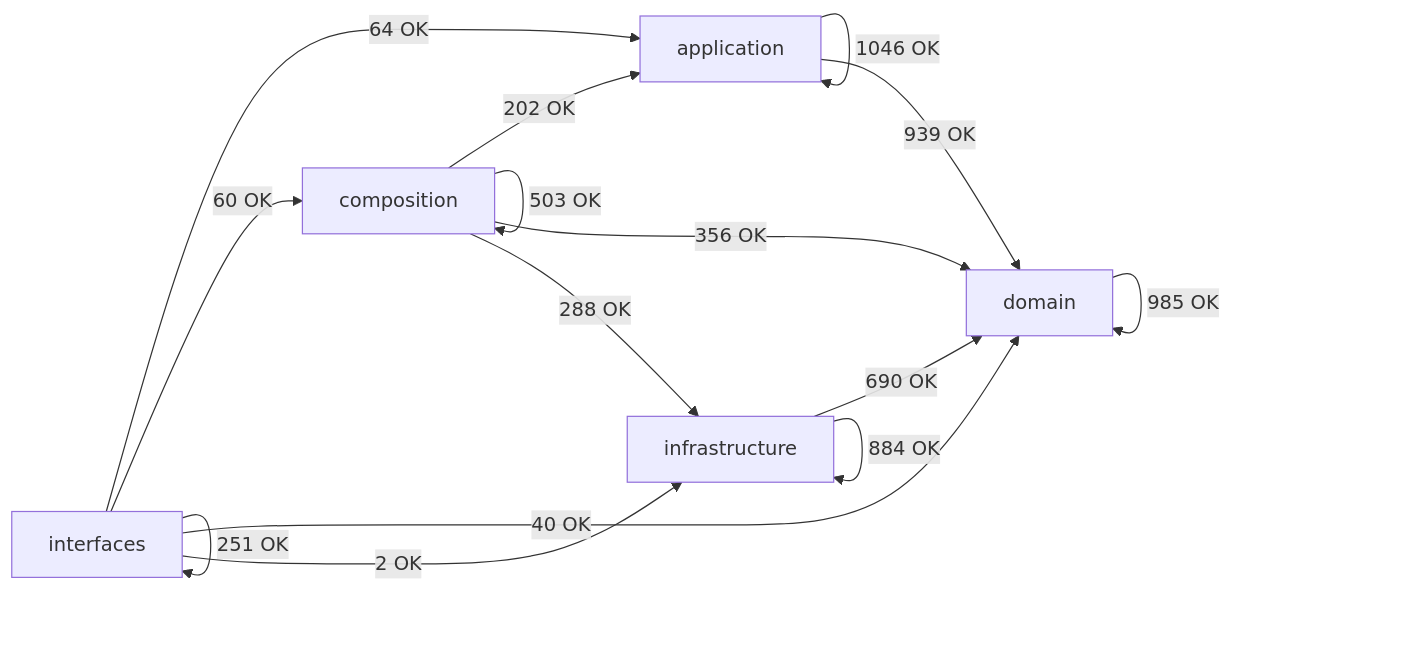
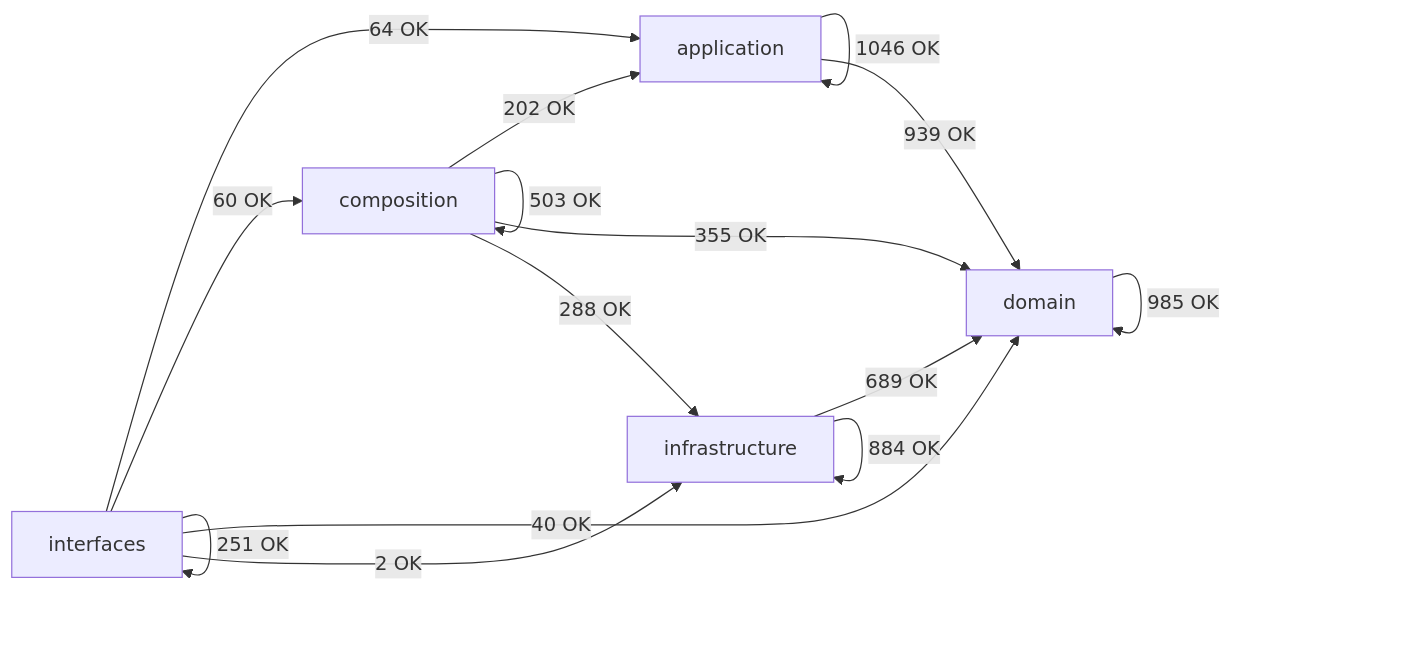
Before and after one commit to SatoryKono/BioactivityDataAcquisition: the diagram in docs/02-architecture/generated/module-dependency-map.md, drawn with Mermaid. The commit also changed other lines of this file and 4 other files, not shown here.

````diff
--- a/docs/02-architecture/generated/module-dependency-map.md
+++ b/docs/02-architecture/generated/module-dependency-map.md
@@ -17,22 +17,22 @@
 ```mermaid
 flowchart LR
     domain[domain]
     application[application]
     infrastructure[infrastructure]
     composition[composition]
     interfaces[interfaces]
     application -->|1046 OK| application
     application -->|939 OK| domain
     composition -->|202 OK| application
     composition -->|503 OK| composition
-    composition -->|356 OK| domain
+    composition -->|355 OK| domain
     composition -->|288 OK| infrastructure
     domain -->|985 OK| domain
-    infrastructure -->|690 OK| domain
+    infrastructure -->|689 OK| domain
     infrastructure -->|884 OK| infrastructure
     interfaces -->|64 OK| application
     interfaces -->|60 OK| composition
     interfaces -->|40 OK| domain
     interfaces -->|2 OK| infrastructure
     interfaces -->|251 OK| interfaces
 ```
````
